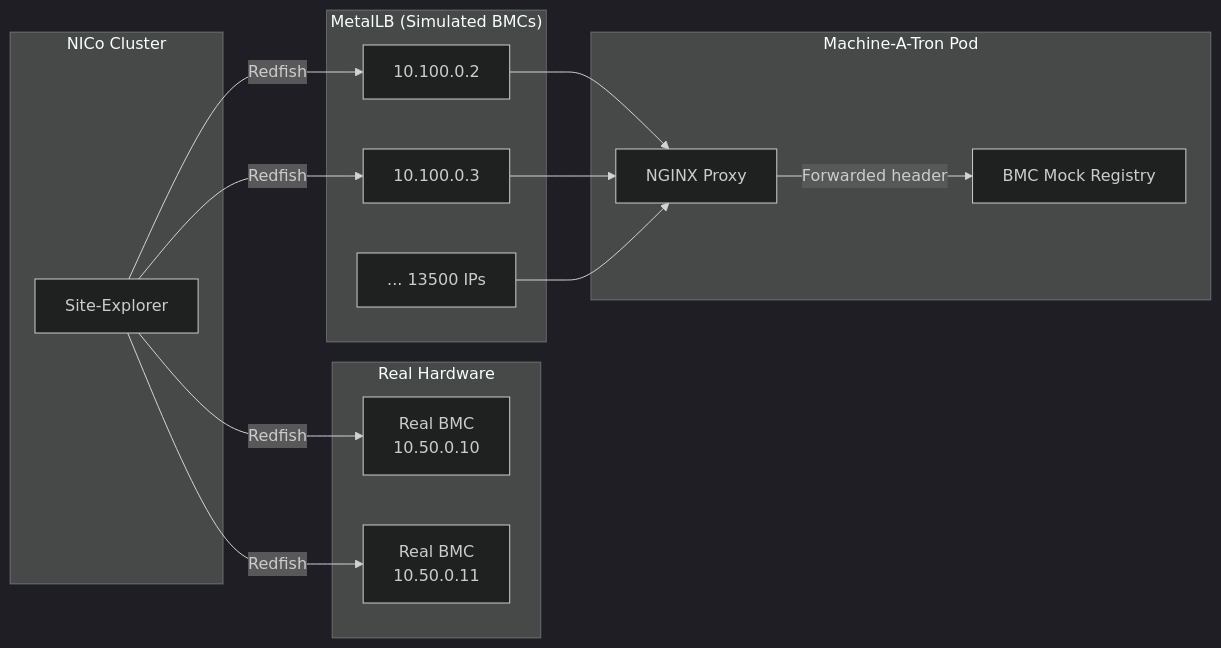
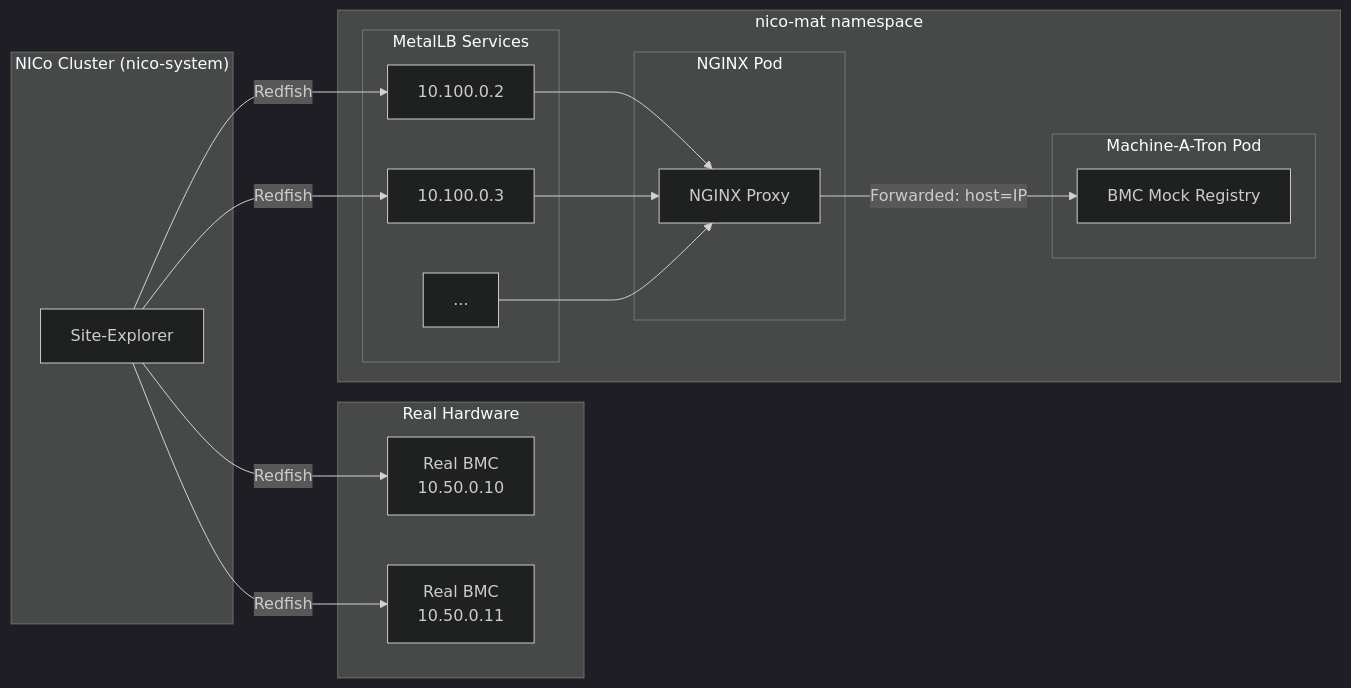
Before and after one commit to NVIDIA/bare-metal-manager-core: the third of 3 diagrams in helm/charts/nico-machine-a-tron/README.md, drawn with Mermaid (dark theme). The commit also changed other lines of this file, not shown here.

Commit message:
chore(helm): nico machine-a-tron readme

````diff
--- a/helm/charts/nico-machine-a-tron/README.md
+++ b/helm/charts/nico-machine-a-tron/README.md
@@ -125,32 +125,37 @@
 ```mermaid
 flowchart LR
-    subgraph NICo["NICo Cluster"]
+    subgraph NICo["NICo Cluster (nico-system)"]
         SE[Site-Explorer]
     end
 
     subgraph Real["Real Hardware"]
         R1[Real BMC<br/>10.50.0.10]
         R2[Real BMC<br/>10.50.0.11]
     end
 
-    subgraph MetalLB["MetalLB (Simulated BMCs)"]
-        LB1["10.100.0.2"]
-        LB2["10.100.0.3"]
-        LBN["... 13500 IPs"]
-    end
+    subgraph MAT["nico-mat namespace"]
+        subgraph MetalLB["MetalLB Services"]
+            LB1["10.100.0.2"]
+            LB2["10.100.0.3"]
+            LBN["..."]
+        end
 
-    subgraph MAT["Machine-A-Tron Pod"]
-        NGINX["NGINX Proxy"]
-        BMC["BMC Mock Registry"]
+        subgraph NGX["NGINX Pod"]
+            NGINX["NGINX Proxy"]
+        end
+
+        subgraph MATpod["Machine-A-Tron Pod"]
+            BMC["BMC Mock Registry"]
+        end
     end
 
     SE -->|"Redfish"| R1
     SE -->|"Redfish"| R2
     SE -->|"Redfish"| LB1
     SE -->|"Redfish"| LB2
 
     LB1 --> NGINX
     LB2 --> NGINX
     LBN --> NGINX
-    NGINX -->|"Forwarded header"| BMC
+    NGINX -->|"Forwarded: host=IP"| BMC
 ```
````
